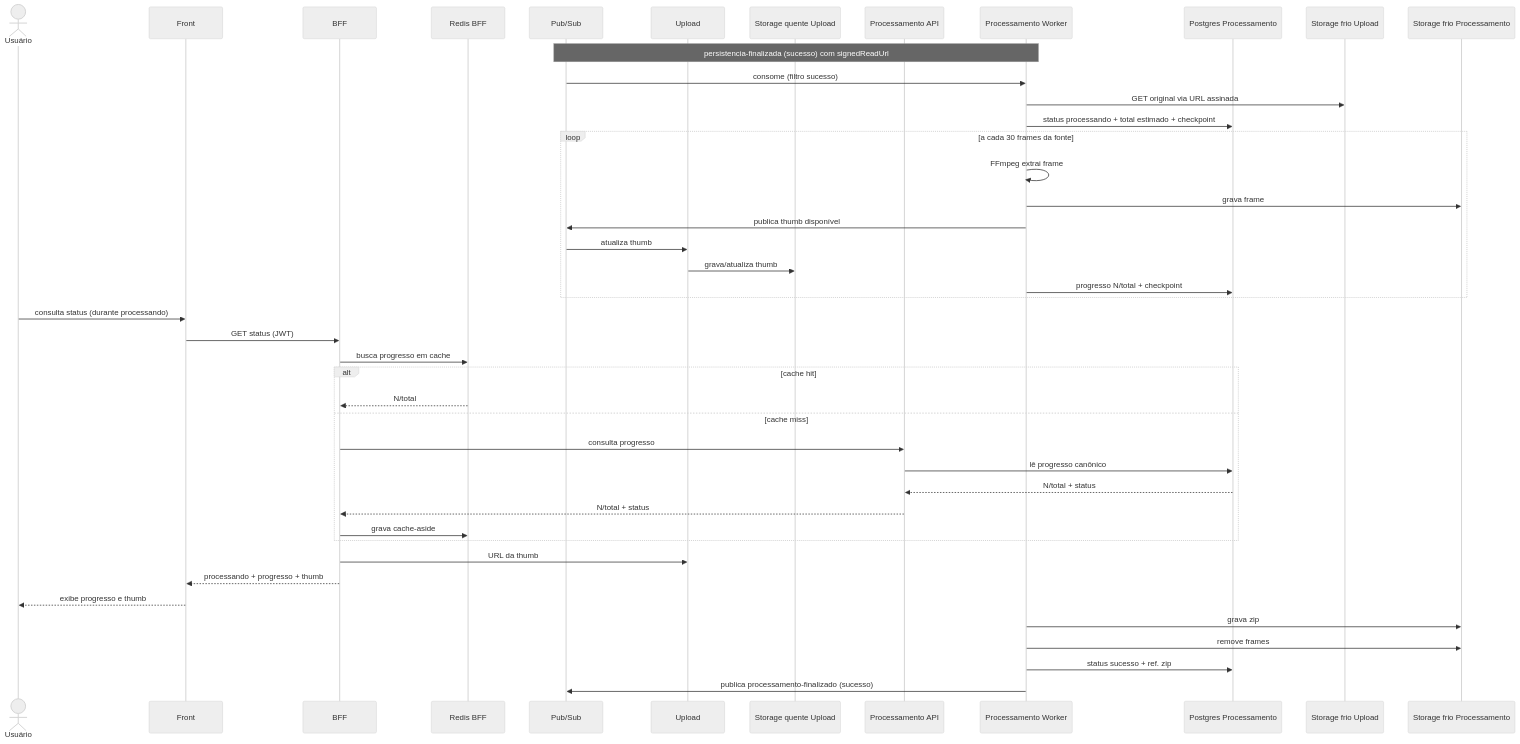
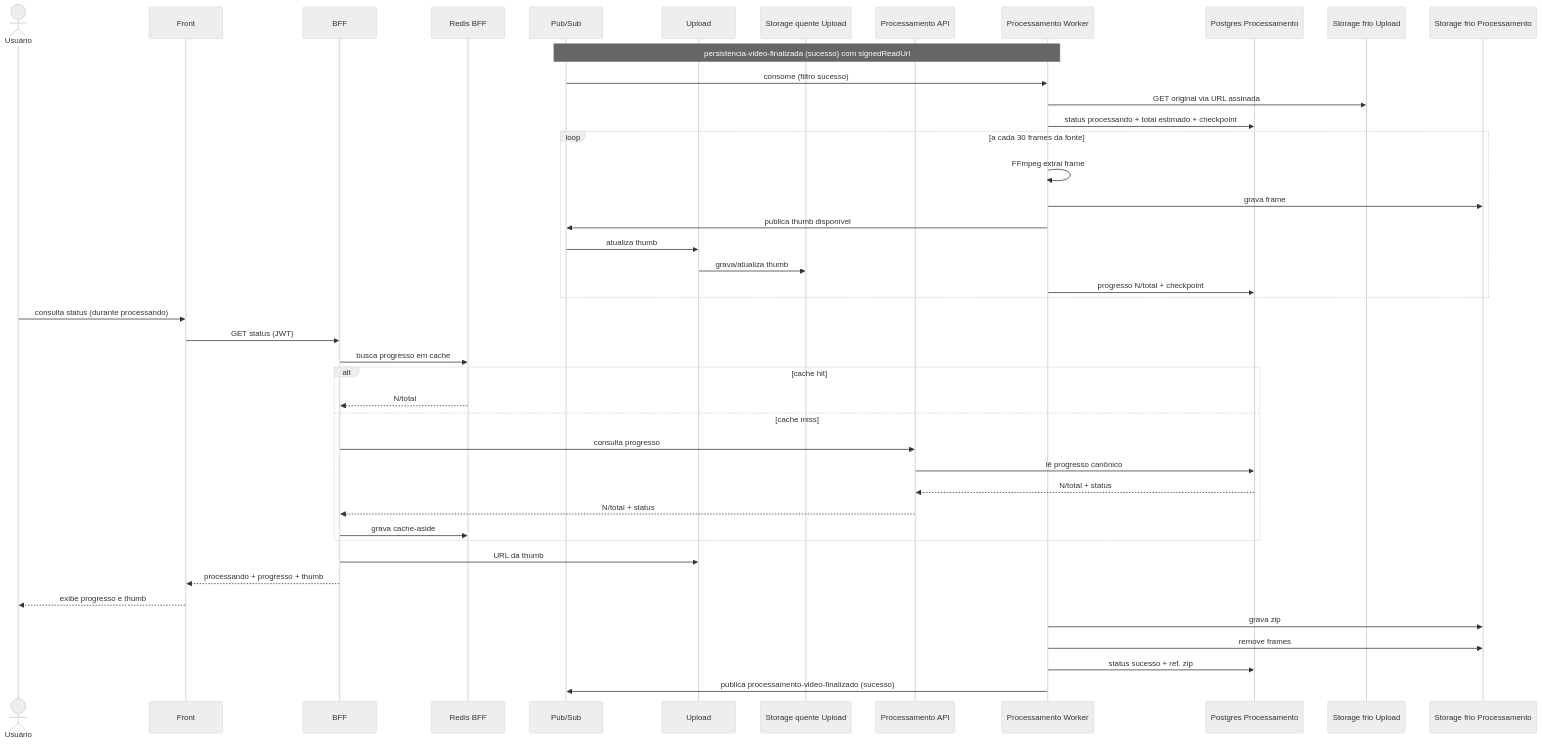
One commit to fiap-x-vcosta/docs changed the diagram in fluxo-e-estados/02_caminho-feliz-processamento.md. Above: the diagram before and after it, drawn with Mermaid (neutral theme). The commit also changed 9 other files, not shown here.

````diff
--- a/fluxo-e-estados/02_caminho-feliz-processamento.md
+++ b/fluxo-e-estados/02_caminho-feliz-processamento.md
@@ -1,50 +1,50 @@
 ```mermaid
 sequenceDiagram
   actor U as Usuário
   participant Web as Front
   participant BFF as BFF
   participant Redis as Redis BFF
   participant Bus as Pub/Sub
   participant Up as Upload
   participant Quente as Storage quente Upload
   participant Api as Processamento API
   participant Worker as Processamento Worker
   participant PGP as Postgres Processamento
   participant FrioUp as Storage frio Upload
   participant FrioProc as Storage frio Processamento
 
-  Note over Bus,Worker: persistencia-finalizada (sucesso) com signedReadUrl
+  Note over Bus,Worker: persistencia-video-finalizada (sucesso) com signedReadUrl
   Bus->>Worker: consome (filtro sucesso)
   Worker->>FrioUp: GET original via URL assinada
   Worker->>PGP: status processando + total estimado + checkpoint
 
   loop a cada 30 frames da fonte
     Worker->>Worker: FFmpeg extrai frame
     Worker->>FrioProc: grava frame
     Worker->>Bus: publica thumb disponível
     Bus->>Up: atualiza thumb
     Up->>Quente: grava/atualiza thumb
     Worker->>PGP: progresso N/total + checkpoint
   end
 
   U->>Web: consulta status (durante processando)
   Web->>BFF: GET status (JWT)
   BFF->>Redis: busca progresso em cache
   alt cache hit
     Redis-->>BFF: N/total
   else cache miss
     BFF->>Api: consulta progresso
     Api->>PGP: lê progresso canônico
     PGP-->>Api: N/total + status
     Api-->>BFF: N/total + status
     BFF->>Redis: grava cache-aside
   end
   BFF->>Up: URL da thumb
   BFF-->>Web: processando + progresso + thumb
   Web-->>U: exibe progresso e thumb
 
   Worker->>FrioProc: grava zip
   Worker->>FrioProc: remove frames
   Worker->>PGP: status sucesso + ref. zip
-  Worker->>Bus: publica processamento-finalizado (sucesso)
+  Worker->>Bus: publica processamento-video-finalizado (sucesso)
 ```
````
